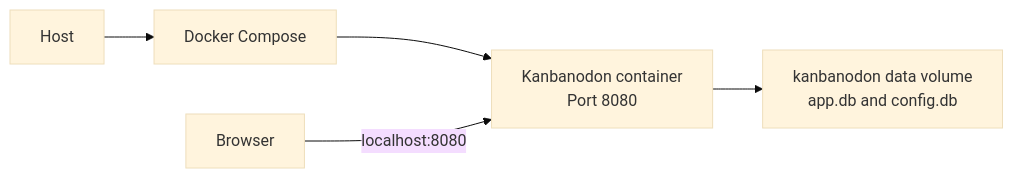
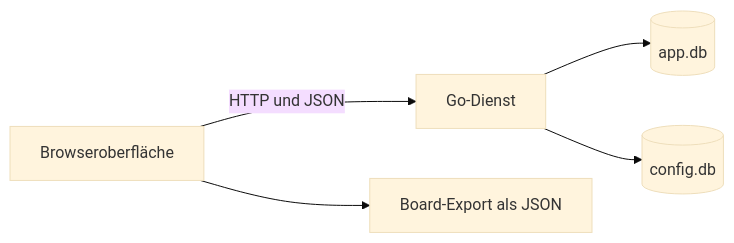
One commit to Zuendelmeister-Dev/Kanbanodon changed the diagram in README.md. Above: the diagram before and after it, drawn with Mermaid (base theme). The commit also changed other lines of this file and 75 other files, not shown here.

````diff
--- a/README.md
+++ b/README.md
@@ -190,7 +127,7 @@
 ```mermaid
 flowchart LR
-    Host["Host"] --> Compose["Docker Compose"]
-    Compose --> Container["Kanbanodon container<br/>Port 8080"]
-    Container --> Volume["kanbanodon data volume<br/>app.db and config.db"]
-    Browser["Browser"] -->|localhost:8080| Container
+    Browser["Browseroberfläche"] -->|HTTP und JSON| Server["Go-Dienst"]
+    Server --> Daten[("app.db")]
+    Server --> Konfiguration[("config.db")]
+    Browser --> Datei["Board-Export als JSON"]
 ```
````
